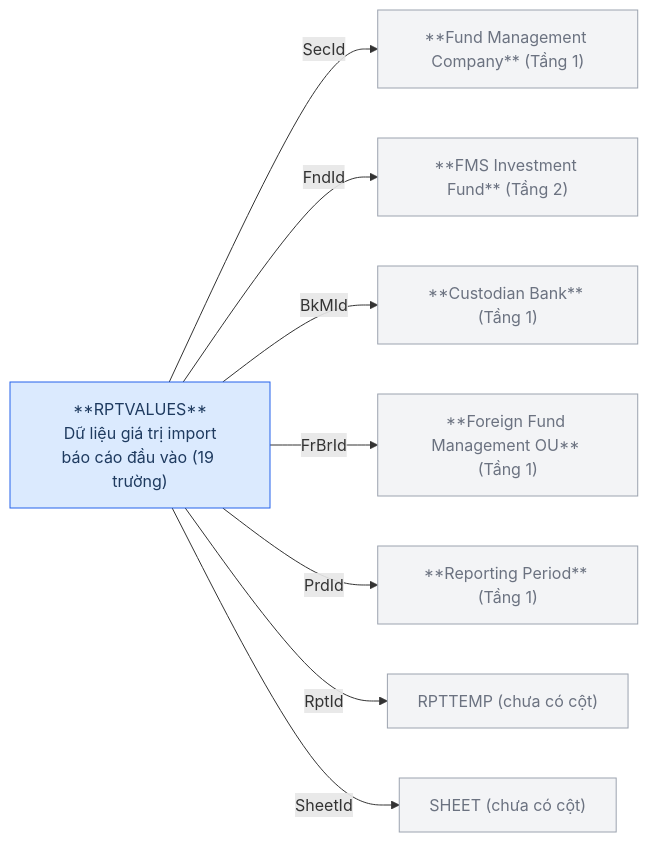
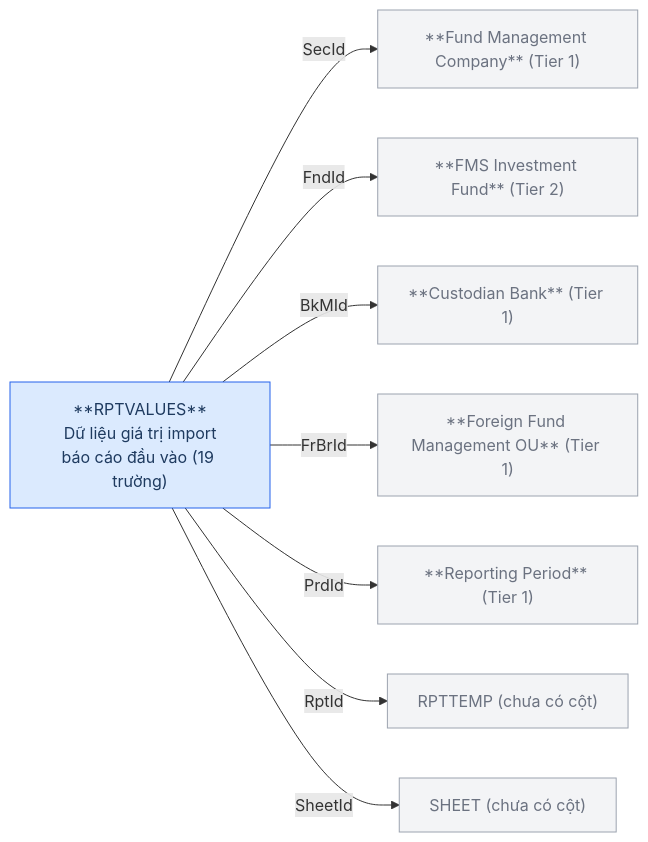
Before and after one commit to linhlvit/ubck_atomic_design: the fifth of 7 diagrams in Silver/hld/FMS_HLD_Tier4.md, drawn with Mermaid. The commit also changed other lines of this file and 111 other files, not shown here.

````diff
--- a/Silver/hld/FMS_HLD_Tier4.md
+++ b/Silver/hld/FMS_HLD_Tier4.md
@@ -113,22 +108,22 @@
 ```mermaid
 graph LR
     classDef src fill:#dbeafe,stroke:#2563eb,color:#1e3a5f
     classDef ref fill:#f3f4f6,stroke:#9ca3af,color:#6b7280
 
-    SECURITIES["**Fund Management Company** (Tầng 1)"]:::ref
-    FUNDS["**FMS Investment Fund** (Tầng 2)"]:::ref
-    BANKMONI["**Custodian Bank** (Tầng 1)"]:::ref
-    FORBRCH["**Foreign Fund Management OU** (Tầng 1)"]:::ref
-    RPTPERIOD["**Reporting Period** (Tầng 1)"]:::ref
+    SECURITIES["**Fund Management Company** (Tier 1)"]:::ref
+    FUNDS["**FMS Investment Fund** (Tier 2)"]:::ref
+    BANKMONI["**Custodian Bank** (Tier 1)"]:::ref
+    FORBRCH["**Foreign Fund Management OU** (Tier 1)"]:::ref
+    RPTPERIOD["**Reporting Period** (Tier 1)"]:::ref
     RPTTEMP["RPTTEMP (chưa có cột)"]:::ref
     SHEET["SHEET (chưa có cột)"]:::ref
     RPTVALUES["**RPTVALUES**\nDữ liệu giá trị import\nbáo cáo đầu vào (19 trường)"]:::src
 
     RPTVALUES -->|SecId| SECURITIES
     RPTVALUES -->|FndId| FUNDS
     RPTVALUES -->|BkMId| BANKMONI
     RPTVALUES -->|FrBrId| FORBRCH
     RPTVALUES -->|PrdId| RPTPERIOD
     RPTVALUES -->|RptId| RPTTEMP
     RPTVALUES -->|SheetId| SHEET
 ```
````
